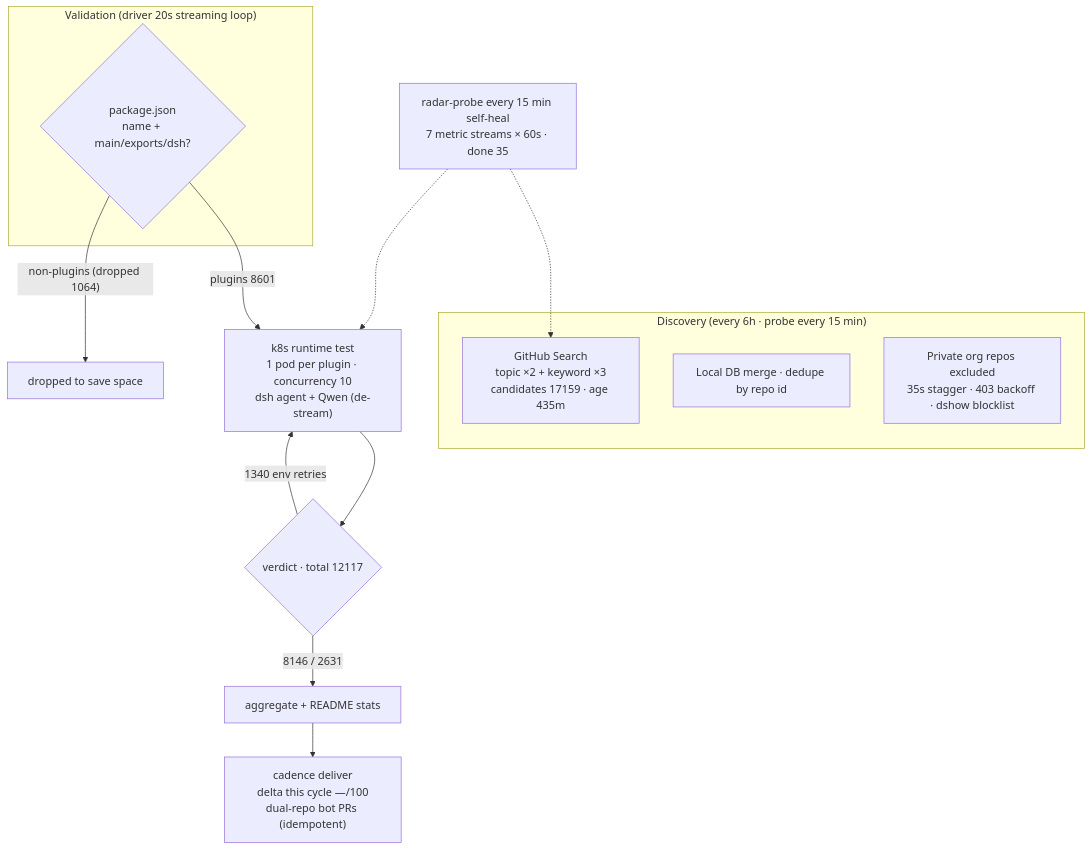
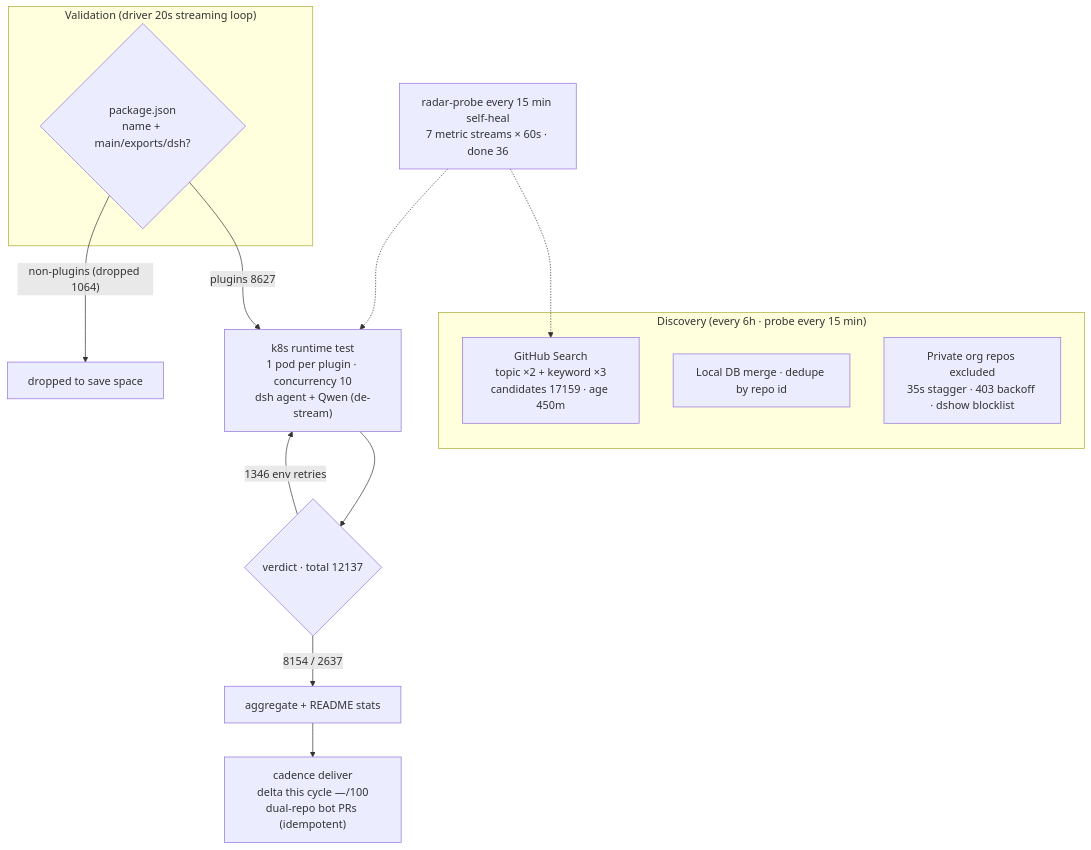
Before and after one commit to AdamPlatin123/awesome-dsh-plugins: the diagram in README.en-US.md, drawn with Mermaid. The commit also changed other lines of this file and 5 other files, not shown here.

````diff
--- a/README.en-US.md
+++ b/README.en-US.md
@@ -45,20 +45,20 @@
 ```mermaid
 flowchart TB
     subgraph Discovery["Discovery (every 6h · probe every 15 min)"]
-        A1["GitHub Search<br/>topic ×2 + keyword ×3<br/>candidates 17159 · age 435m"]
+        A1["GitHub Search<br/>topic ×2 + keyword ×3<br/>candidates 17159 · age 450m"]
         A2["Local DB merge · dedupe by repo id"]
         A3["Private org repos excluded<br/>35s stagger · 403 backoff · dshow blocklist"]
     end
     subgraph Validation["Validation (driver 20s streaming loop)"]
         B1{"package.json<br/>name + main/exports/dsh?"}
     end
-    B1 -->|"plugins 8601"| C1["k8s runtime test<br/>1 pod per plugin · concurrency 10<br/>dsh agent + Qwen (de-stream)"]
+    B1 -->|"plugins 8627"| C1["k8s runtime test<br/>1 pod per plugin · concurrency 10<br/>dsh agent + Qwen (de-stream)"]
     B1 -->|"non-plugins (dropped 1064)"| B3["dropped to save space"]
-    C1 --> D1{"verdict · total 12117"}
-    D1 -->|"8146 / 2631"| E1["aggregate + README stats"]
-    D1 -->|"1340 env retries"| C1
+    C1 --> D1{"verdict · total 12137"}
+    D1 -->|"8154 / 2637"| E1["aggregate + README stats"]
+    D1 -->|"1346 env retries"| C1
     E1 --> E2["cadence deliver<br/>delta this cycle —/100<br/>dual-repo bot PRs (idempotent)"]
-    M["radar-probe every 15 min self-heal<br/>7 metric streams × 60s · done 35"]
+    M["radar-probe every 15 min self-heal<br/>7 metric streams × 60s · done 36"]
     M -.-> A1
     M -.-> C1
 ```
````
